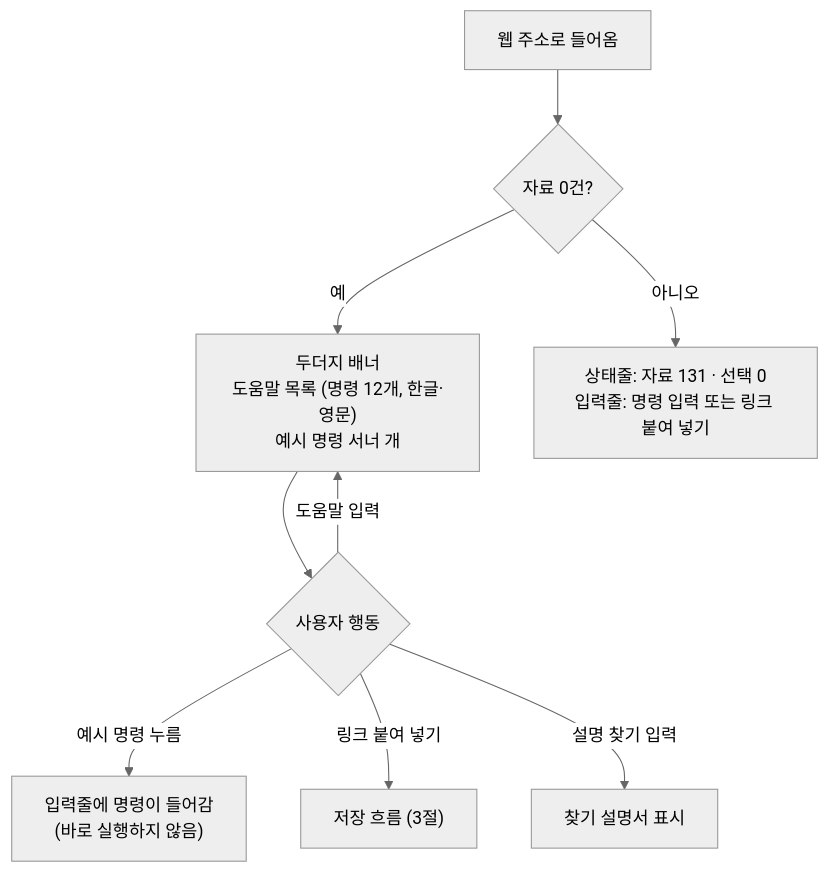
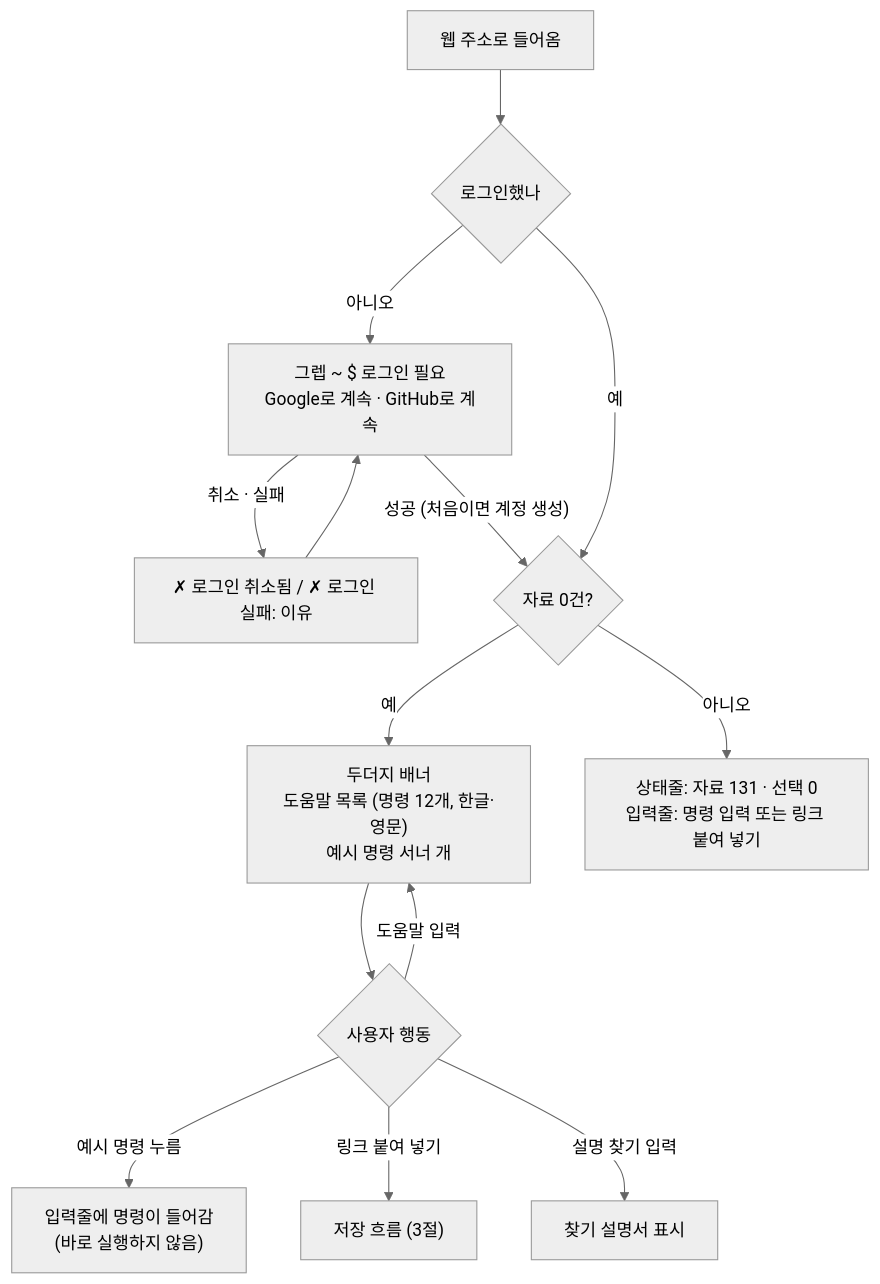
One commit to delightPIP/grep changed the second of 10 diagrams in docs/planning/user-flow.md. Above: the diagram before and after it, drawn with Mermaid (neutral theme). The commit also changed other lines of this file and 4 other files, not shown here.

````diff
--- a/docs/planning/user-flow.md
+++ b/docs/planning/user-flow.md
@@ -50,11 +53,16 @@
 ```mermaid
 flowchart TD
-    A["웹 주소로 들어옴"] --> B{"자료 0건?"}
+    A["웹 주소로 들어옴"] --> L{"로그인했나"}
+    L -- "아니오" --> LG["그렙 ~ $ 로그인 필요<br/>Google로 계속 · GitHub로 계속"]
+    LG -- "취소 · 실패" --> LE["✗ 로그인 취소됨 / ✗ 로그인 실패: 이유"]
+    LE --> LG
+    LG -- "성공 (처음이면 계정 생성)" --> B
+    L -- "예" --> B{"자료 0건?"}
     B -- "예" --> C["두더지 배너<br/>도움말 목록 (명령 12개, 한글·영문)<br/>예시 명령 서너 개"]
     C --> D{"사용자 행동"}
     D -- "예시 명령 누름" --> E["입력줄에 명령이 들어감<br/>(바로 실행하지 않음)"]
     D -- "링크 붙여 넣기" --> F["저장 흐름 (3절)"]
     D -- "도움말 입력" --> C
     D -- "설명 찾기 입력" --> G["찾기 설명서 표시"]
     B -- "아니오" --> H["상태줄: 자료 131 · 선택 0<br/>입력줄: 명령 입력 또는 링크 붙여 넣기"]
 ```
````
